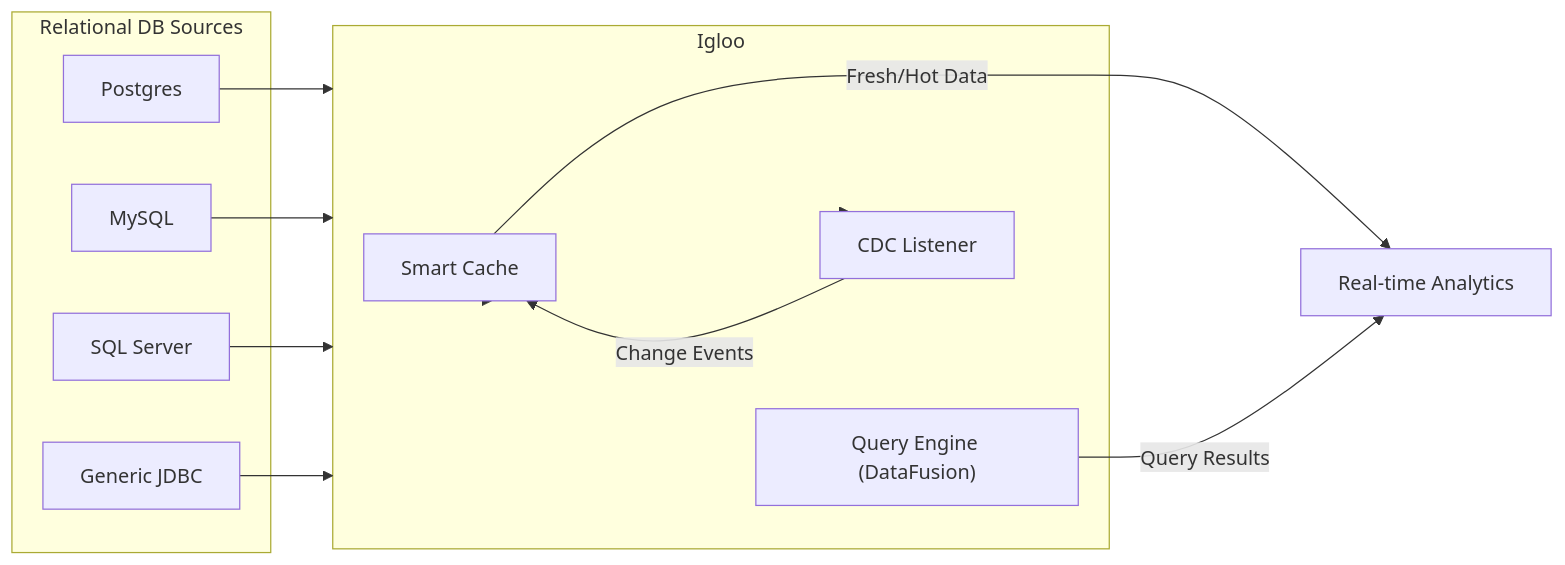
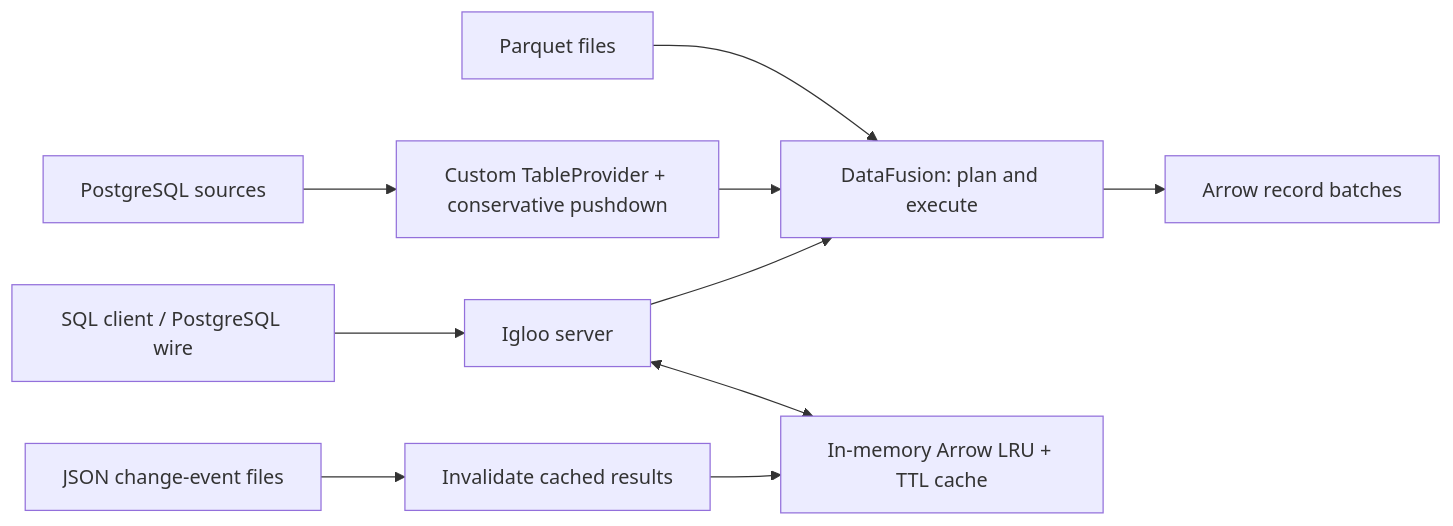
Before and after one commit to igloodb/igloodb: the diagram in README.md, drawn with Mermaid. The commit also changed other lines of this file, not shown here.

````diff
--- a/README.md
+++ b/README.md
@@ -14,24 +35,12 @@
 ```mermaid
 flowchart LR
-    subgraph DataSources["Relational DB Sources"]
-        PG["Postgres"]
-        MY["MySQL"]
-        MSSQL["SQL Server"]
-        JDBC["Generic JDBC"]
-    end
-    PG --> IGLOO
-    MY --> IGLOO
-    MSSQL --> IGLOO
-    JDBC --> IGLOO
-    subgraph IGLOO["Igloo"]
-        CACHE["Smart Cache"]
-        ENGINE["Query Engine (DataFusion)"]
-        CDC["CDC Listener"]
-    end
-    IGLOO --> CACHE
-    IGLOO --> ENGINE
-    IGLOO --> CDC
-    CACHE -- "Fresh/Hot Data" --> ANALYTICS["Real-time Analytics"]
-    ENGINE -- "Query Results" --> ANALYTICS
-    CDC -- "Change Events" --> CACHE
+    PG["PostgreSQL sources"] --> PROVIDER["Custom TableProvider + conservative pushdown"]
+    PARQUET["Parquet files"] --> ENGINE["DataFusion: plan and execute"]
+    PROVIDER --> ENGINE
+    CLIENT["SQL client / PostgreSQL wire"] --> SERVER["Igloo server"]
+    SERVER --> ENGINE
+    SERVER <--> CACHE["In-memory Arrow LRU + TTL cache"]
+    ENGINE --> RESULT["Arrow record batches"]
+    CDC["JSON change-event files"] --> INVALIDATE["Invalidate cached results"]
+    INVALIDATE --> CACHE
 ```
````
